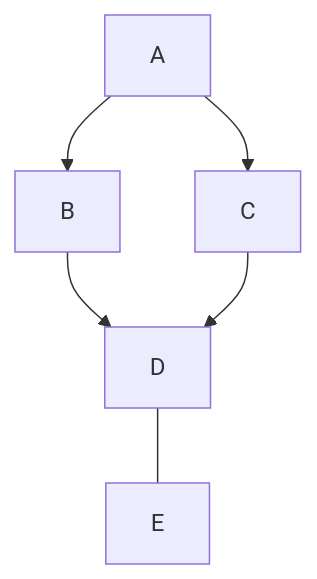
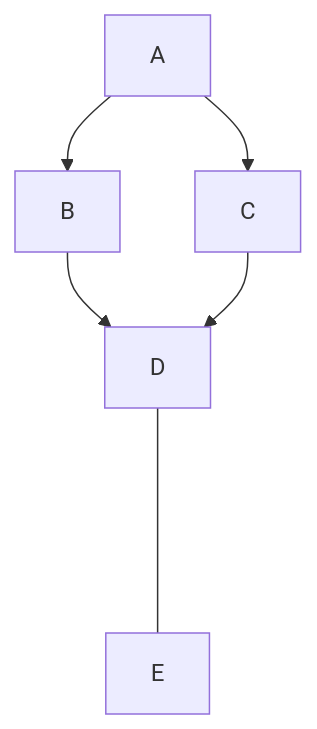
The first of 2 diagrams in README.md (misterkrull/GitWhippingBoy), drawn with Mermaid before and after one commit.

Commit message:
Update README.md 123*main1

````diff
--- a/README.md
+++ b/README.md
@@ -1,8 +1,8 @@
 ```mermaid
   graph TB;
       A-->B;
       A-->C;
       B-->D;
       C-->D;
-      D---E
+      D-----E;
 ```
````
